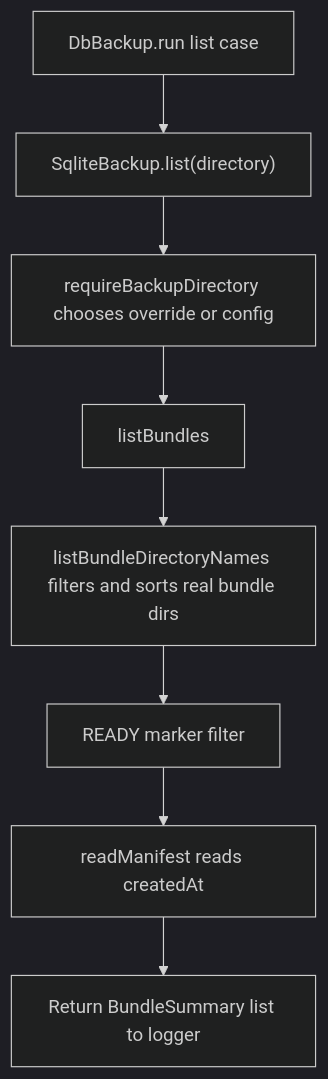
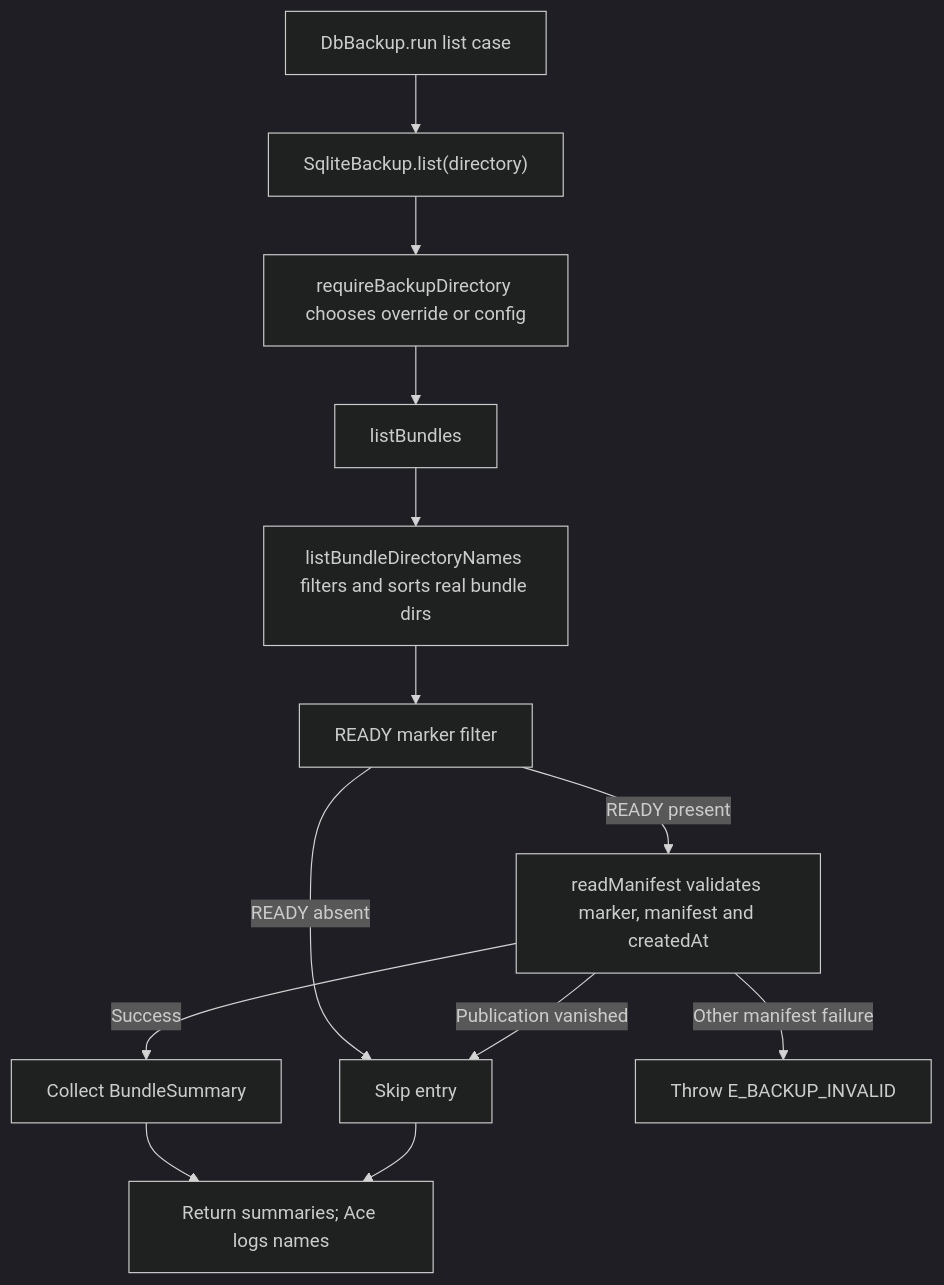
One commit to Kevinjohn/oss-adonisjs-sqlite-backup changed the second of 2 diagrams in user-stories/list-bundles/us-op-02-list-bundles.md. Above: the diagram before and after it, drawn with Mermaid (dark theme). The commit also changed other lines of this file and 12 other files, not shown here.

````diff
--- a/user-stories/list-bundles/us-op-02-list-bundles.md
+++ b/user-stories/list-bundles/us-op-02-list-bundles.md
@@ -38,10 +41,15 @@
 ```mermaid
 flowchart TD
     A["DbBackup.run list case"] --> B["SqliteBackup.list(directory)"]
     B --> C["requireBackupDirectory chooses override or config"]
     C --> D["listBundles"]
     D --> E["listBundleDirectoryNames filters and sorts real bundle dirs"]
     E --> F["READY marker filter"]
-    F --> G["readManifest reads createdAt"]
-    G --> H["Return BundleSummary list to logger"]
+    F -->|READY absent| X["Skip entry"]
+    F -->|READY present| G["readManifest validates marker, manifest and createdAt"]
+    G -->|Success| H["Collect BundleSummary"]
+    G -->|Publication vanished| X
+    G -->|Other manifest failure| I["Throw E_BACKUP_INVALID"]
+    H --> J["Return summaries; Ace logs names"]
+    X --> J
 ```
````
